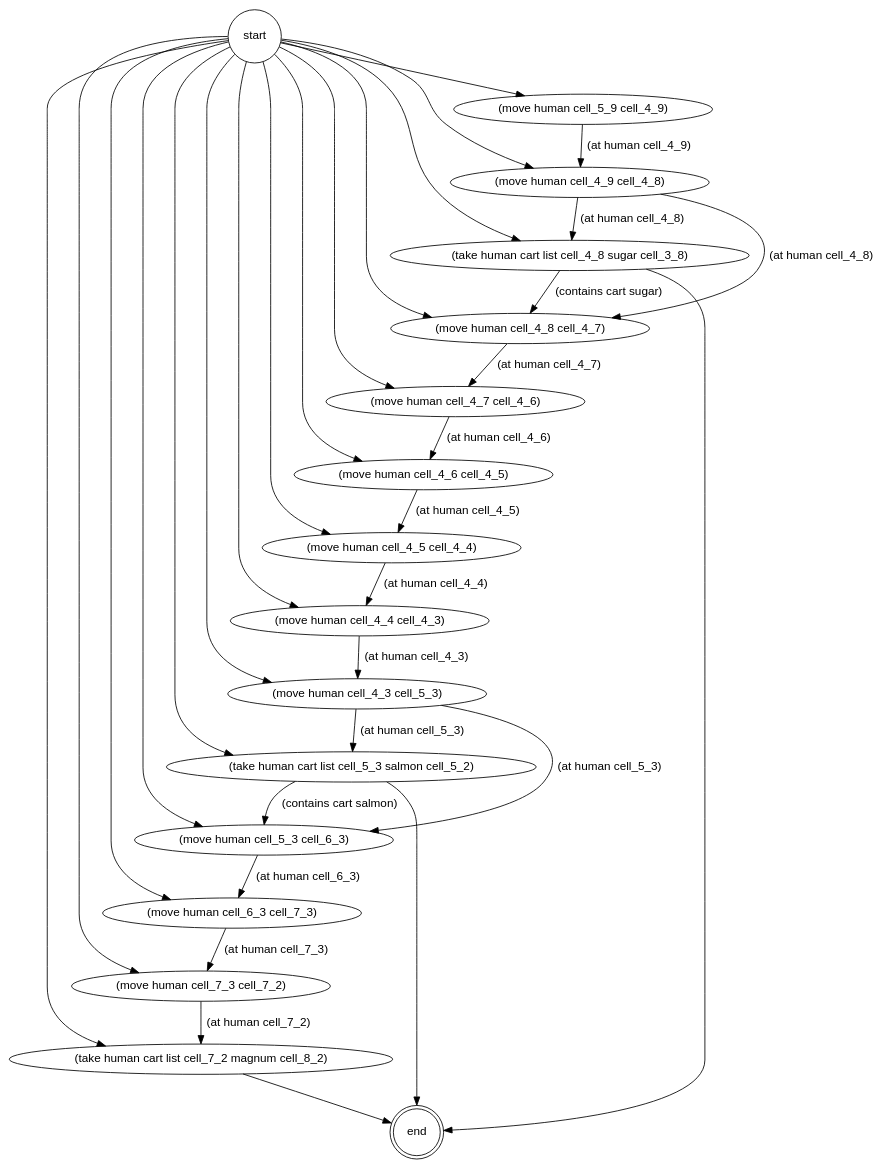
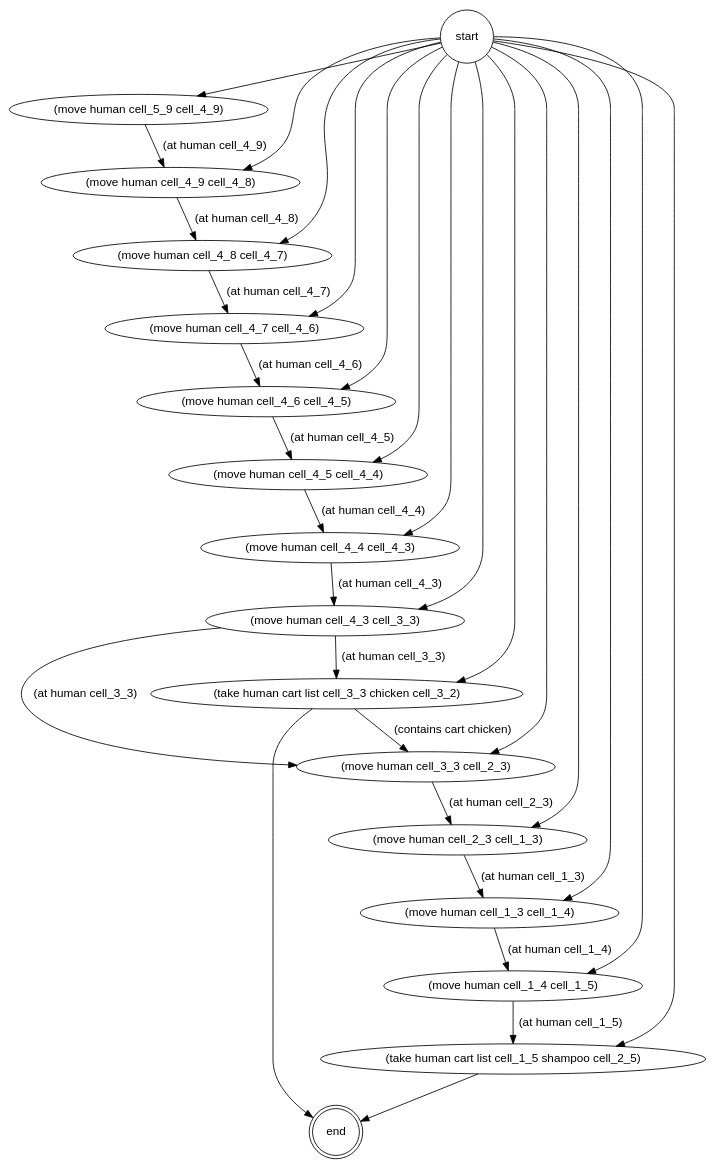
Before and after one commit to francescotss/PepperMart: the diagram in playground/pddl/temp/supermarket_problem.gv, drawn with Graphviz. The commit also changed 16 other files, not shown here.

```diff
--- a/playground/pddl/temp/supermarket_problem.gv
+++ b/playground/pddl/temp/supermarket_problem.gv
@@ -1,46 +1,44 @@
 strict digraph "" {
 	graph [fontname=helvetica];
 	node [fontname=helvetica,
 		label="\N",
 		shape=ellipse
 	];
 	edge [fontname=helvetica];
 	"(end)"	 [label=end,
 		peripheries=2,
 		shape=circle];
-	"(take human cart list cell_7_2 magnum cell_8_2)" -> "(end)";
-	"(move human cell_7_3 cell_7_2)" -> "(take human cart list cell_7_2 magnum cell_8_2)"	 [label="(at human cell_7_2)"];
-	"(move human cell_6_3 cell_7_3)" -> "(move human cell_7_3 cell_7_2)"	 [label="(at human cell_7_3)"];
-	"(move human cell_5_3 cell_6_3)" -> "(move human cell_6_3 cell_7_3)"	 [label="(at human cell_6_3)"];
-	"(take human cart list cell_5_3 salmon cell_5_2)" -> "(end)";
-	"(take human cart list cell_5_3 salmon cell_5_2)" -> "(move human cell_5_3 cell_6_3)"	 [label="(contains cart salmon)"];
-	"(move human cell_4_3 cell_5_3)" -> "(move human cell_5_3 cell_6_3)"	 [label="(at human cell_5_3)"];
-	"(move human cell_4_3 cell_5_3)" -> "(take human cart list cell_5_3 salmon cell_5_2)"	 [label="(at human cell_5_3)"];
-	"(move human cell_4_4 cell_4_3)" -> "(move human cell_4_3 cell_5_3)"	 [label="(at human cell_4_3)"];
+	"(take human cart list cell_1_5 shampoo cell_2_5)" -> "(end)";
+	"(move human cell_1_4 cell_1_5)" -> "(take human cart list cell_1_5 shampoo cell_2_5)"	 [label="(at human cell_1_5)"];
+	"(move human cell_1_3 cell_1_4)" -> "(move human cell_1_4 cell_1_5)"	 [label="(at human cell_1_4)"];
+	"(move human cell_2_3 cell_1_3)" -> "(move human cell_1_3 cell_1_4)"	 [label="(at human cell_1_3)"];
+	"(move human cell_3_3 cell_2_3)" -> "(move human cell_2_3 cell_1_3)"	 [label="(at human cell_2_3)"];
+	"(take human cart list cell_3_3 chicken cell_3_2)" -> "(end)";
+	"(take human cart list cell_3_3 chicken cell_3_2)" -> "(move human cell_3_3 cell_2_3)"	 [label="(contains cart chicken)"];
+	"(move human cell_4_3 cell_3_3)" -> "(move human cell_3_3 cell_2_3)"	 [label="(at human cell_3_3)"];
+	"(move human cell_4_3 cell_3_3)" -> "(take human cart list cell_3_3 chicken cell_3_2)"	 [label="(at human cell_3_3)"];
+	"(move human cell_4_4 cell_4_3)" -> "(move human cell_4_3 cell_3_3)"	 [label="(at human cell_4_3)"];
 	"(move human cell_4_5 cell_4_4)" -> "(move human cell_4_4 cell_4_3)"	 [label="(at human cell_4_4)"];
 	"(move human cell_4_6 cell_4_5)" -> "(move human cell_4_5 cell_4_4)"	 [label="(at human cell_4_5)"];
 	"(move human cell_4_7 cell_4_6)" -> "(move human cell_4_6 cell_4_5)"	 [label="(at human cell_4_6)"];
 	"(move human cell_4_8 cell_4_7)" -> "(move human cell_4_7 cell_4_6)"	 [label="(at human cell_4_7)"];
-	"(take human cart list cell_4_8 sugar cell_3_8)" -> "(end)";
-	"(take human cart list cell_4_8 sugar cell_3_8)" -> "(move human cell_4_8 cell_4_7)"	 [label="(contains cart sugar)"];
 	"(move human cell_4_9 cell_4_8)" -> "(move human cell_4_8 cell_4_7)"	 [label="(at human cell_4_8)"];
-	"(move human cell_4_9 cell_4_8)" -> "(take human cart list cell_4_8 sugar cell_3_8)"	 [label="(at human cell_4_8)"];
 	"(move human cell_5_9 cell_4_9)" -> "(move human cell_4_9 cell_4_8)"	 [label="(at human cell_4_9)"];
 	"(start)"	 [label=start,
 		peripheries=1,
 		shape=circle];
-	"(start)" -> "(take human cart list cell_7_2 magnum cell_8_2)";
-	"(start)" -> "(move human cell_7_3 cell_7_2)";
-	"(start)" -> "(move human cell_6_3 cell_7_3)";
-	"(start)" -> "(move human cell_5_3 cell_6_3)";
-	"(start)" -> "(take human cart list cell_5_3 salmon cell_5_2)";
-	"(start)" -> "(move human cell_4_3 cell_5_3)";
+	"(start)" -> "(take human cart list cell_1_5 shampoo cell_2_5)";
+	"(start)" -> "(move human cell_1_4 cell_1_5)";
+	"(start)" -> "(move human cell_1_3 cell_1_4)";
+	"(start)" -> "(move human cell_2_3 cell_1_3)";
+	"(start)" -> "(move human cell_3_3 cell_2_3)";
+	"(start)" -> "(take human cart list cell_3_3 chicken cell_3_2)";
+	"(start)" -> "(move human cell_4_3 cell_3_3)";
 	"(start)" -> "(move human cell_4_4 cell_4_3)";
 	"(start)" -> "(move human cell_4_5 cell_4_4)";
 	"(start)" -> "(move human cell_4_6 cell_4_5)";
 	"(start)" -> "(move human cell_4_7 cell_4_6)";
 	"(start)" -> "(move human cell_4_8 cell_4_7)";
-	"(start)" -> "(take human cart list cell_4_8 sugar cell_3_8)";
 	"(start)" -> "(move human cell_4_9 cell_4_8)";
 	"(start)" -> "(move human cell_5_9 cell_4_9)";
 }
```
